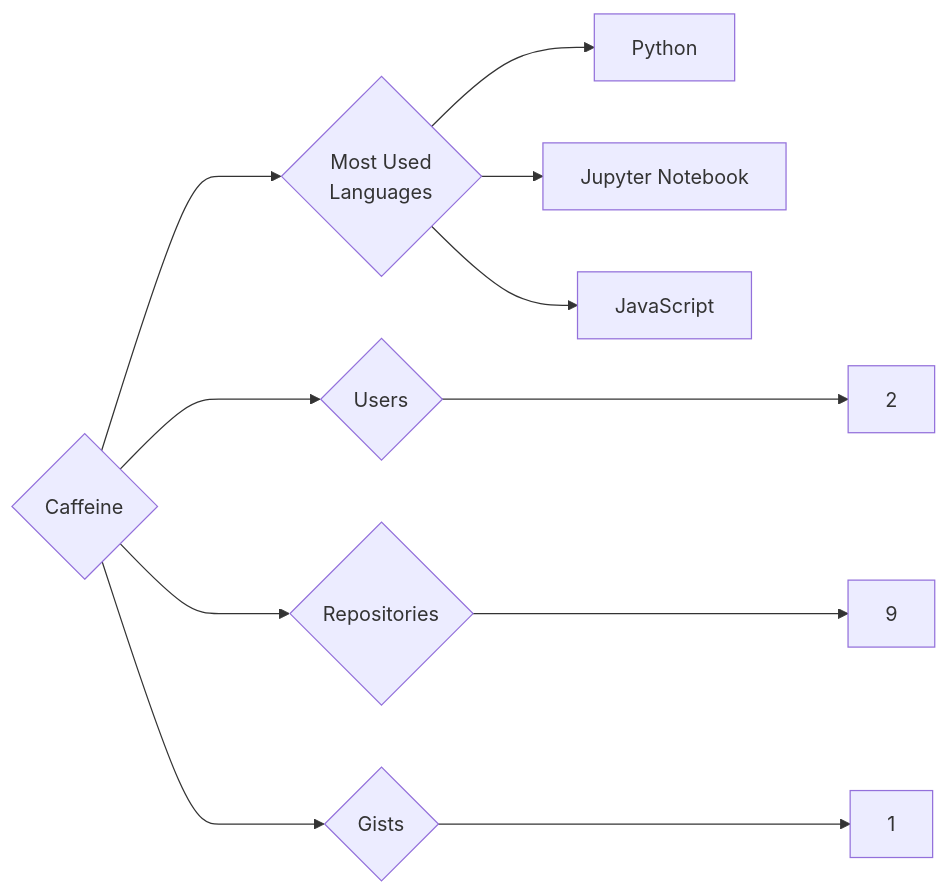
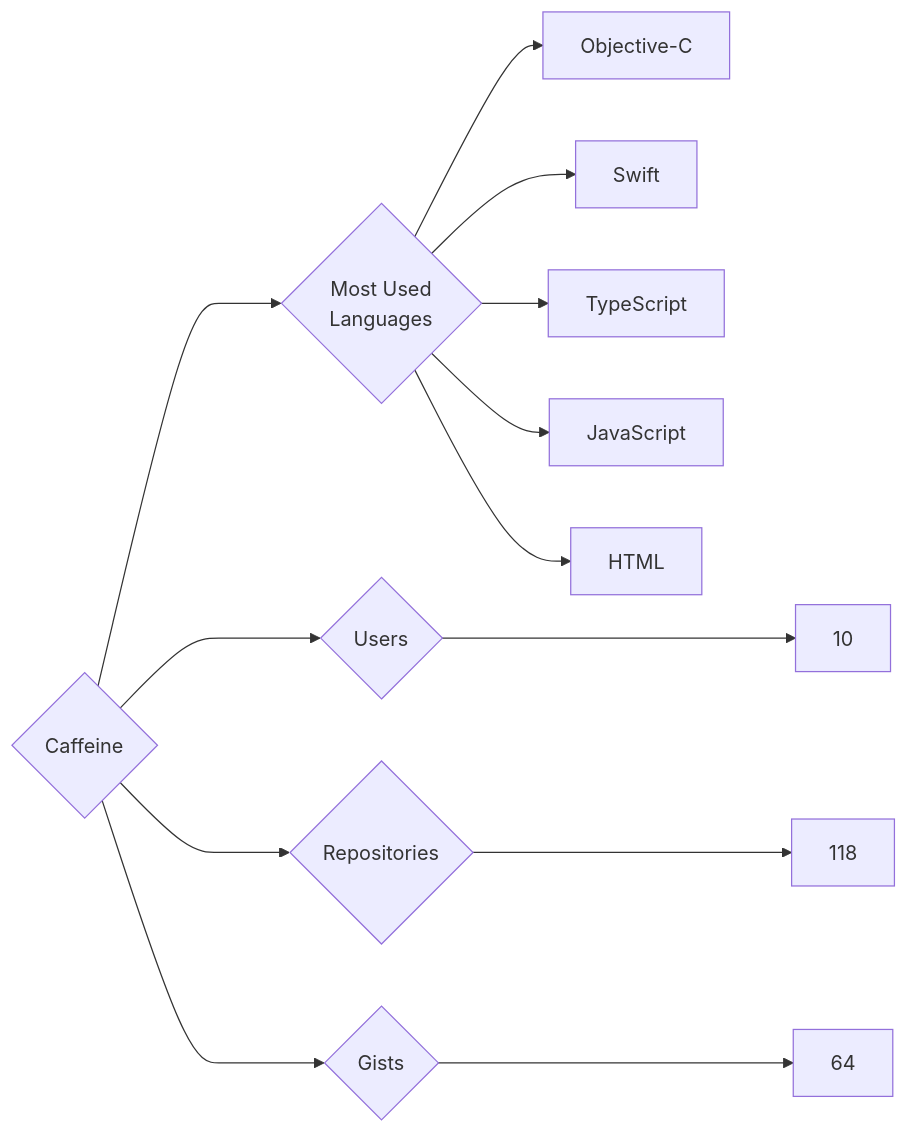
One commit to trickest/insiders changed the diagram in targets/Caffeine/README.md. Above: the diagram before and after it, drawn with Mermaid. The commit also changed 757 other files, not shown here.

````diff
--- a/targets/Caffeine/README.md
+++ b/targets/Caffeine/README.md
@@ -3,11 +3,13 @@
 ```mermaid
 graph LR
 COMPANY_NAME{Caffeine}
-COMPANY_NAME ---> U{Users} ---> UN[2]
-COMPANY_NAME ---> R{Repositories} ---> RN[9]
-COMPANY_NAME ---> G{Gists} ---> GN[1]
+COMPANY_NAME ---> U{Users} ---> UN[10]
+COMPANY_NAME ---> R{Repositories} ---> RN[118]
+COMPANY_NAME ---> G{Gists} ---> GN[64]
 COMPANY_NAME ---> ML{Most Used<br>Languages}
-ML --> Python[Python]
-ML --> Jupyter_Notebook[Jupyter Notebook]
+ML --> Objective-C[Objective-C]
+ML --> Swift[Swift]
+ML --> TypeScript[TypeScript]
 ML --> JavaScript[JavaScript]
+ML --> HTML[HTML]
 ```
````
